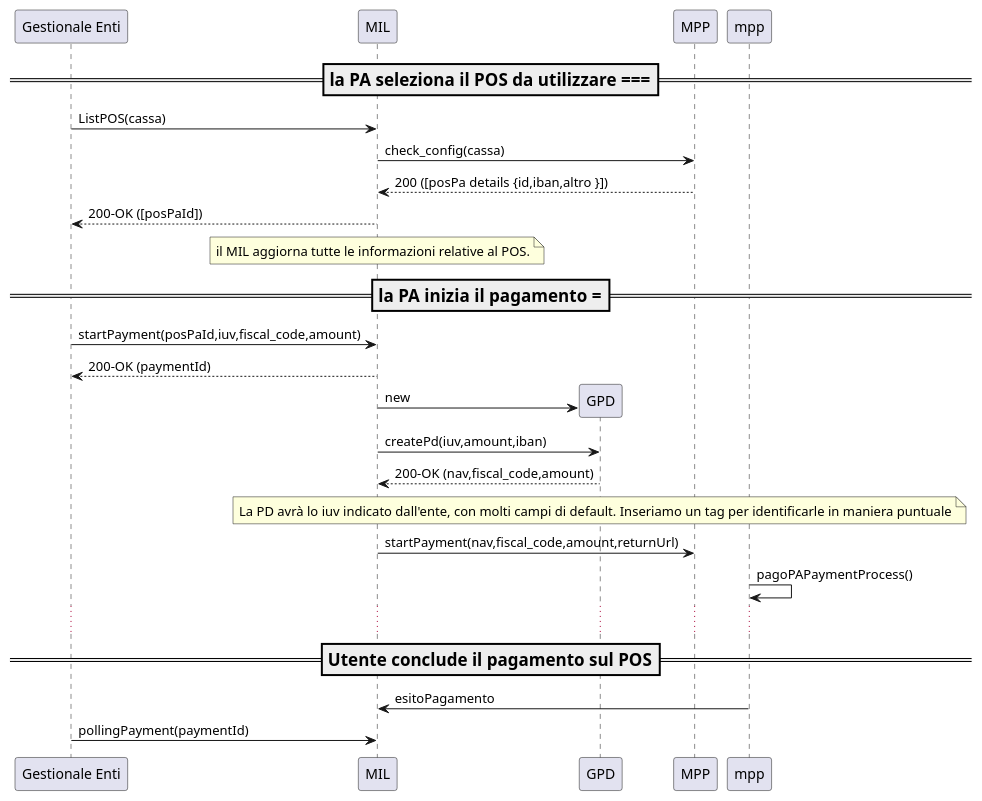
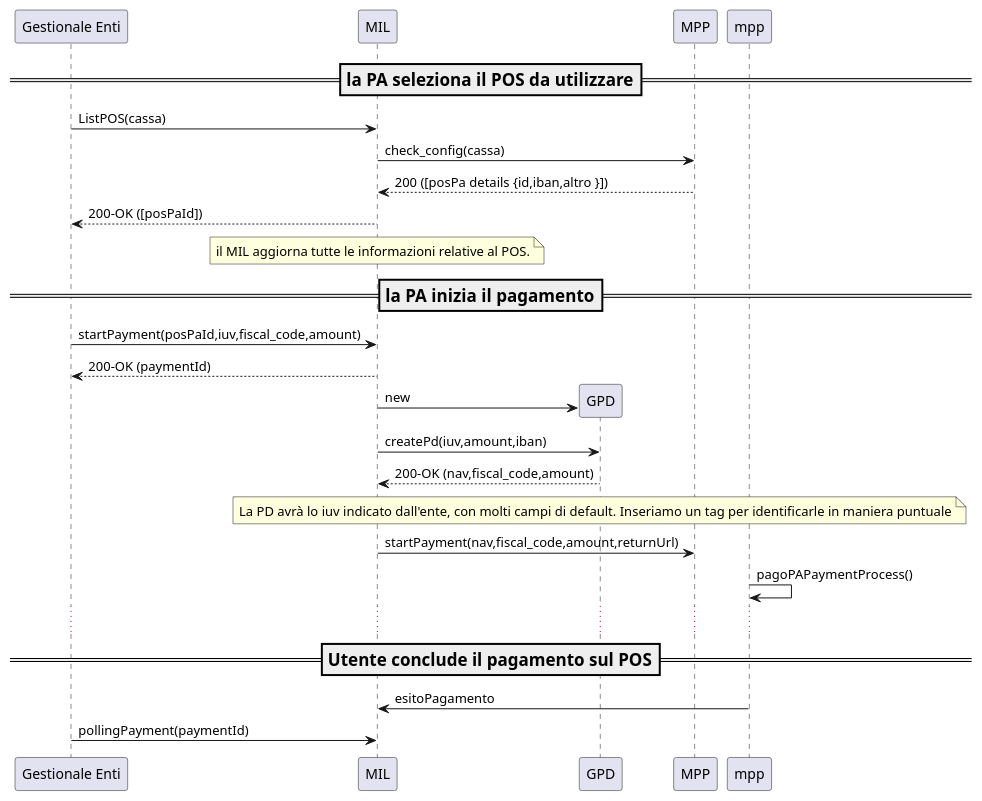
One commit to pagopa/mil-diags changed the diagram in pospa/sd_nexiMpp.puml. Above: the diagram before and after it, drawn with PlantUML.

Commit message:
add sd for NEXI MPP

```diff
--- a/pospa/sd_nexiMpp.puml
+++ b/pospa/sd_nexiMpp.puml
@@ -1,36 +1,36 @@
 @startuml 
 
 participant "Gestionale Enti" as ge  
 participant "MIL" as mil 
 participant "GPD" as gpd
 participant "MPP" as psp 
 
-=== la PA seleziona il POS da utilizzare =====
+=== la PA seleziona il POS da utilizzare ==
 ge -> mil : ListPOS(cassa)
 
 mil -> psp : check_config(cassa) 
 psp --> mil : 200 ([posPa details {id,iban,altro }])
 
 mil --> ge : 200-OK ([posPaId])
 
 note over mil : il MIL aggiorna tutte le informazioni relative al POS.
 
-=== la PA inizia il pagamento === 
+=== la PA inizia il pagamento ==
 ge -> mil : startPayment(posPaId,iuv,fiscal_code,amount)
 mil --> ge : 200-OK (paymentId)
 
 create gpd 
 mil -> gpd : new 
 mil -> gpd : createPd(iuv,amount,iban)
 gpd --> mil : 200-OK (nav,fiscal_code,amount)
 note over gpd : La PD avrà lo iuv indicato dall'ente, con molti campi di default. Inseriamo un tag per identificarle in maniera puntuale
 
 mil -> psp : startPayment(nav,fiscal_code,amount,returnUrl)
 mpp -> mpp : pagoPAPaymentProcess()
 ...
 === Utente conclude il pagamento sul POS == 
 mpp -> mil : esitoPagamento
 ge -> mil : pollingPayment(paymentId)
 
 
 @enduml
```
